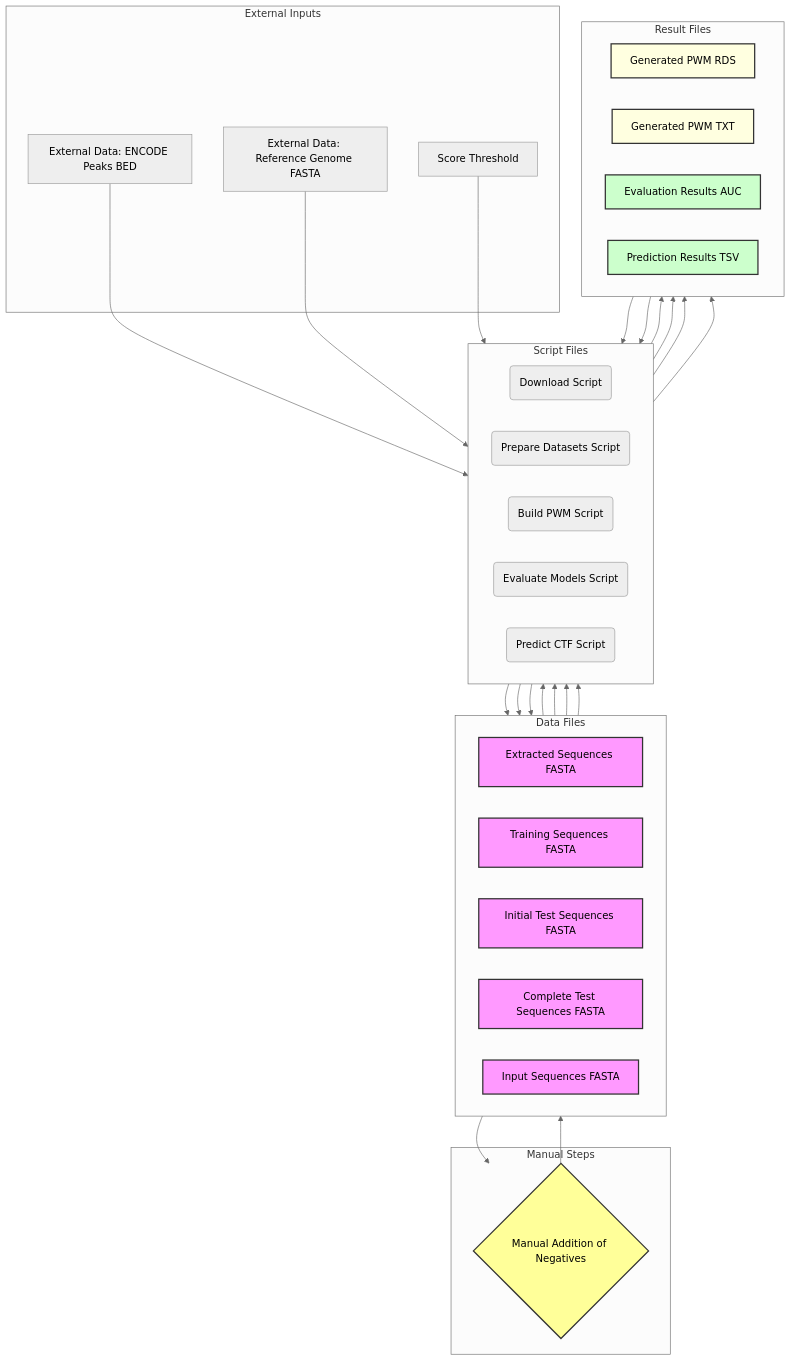
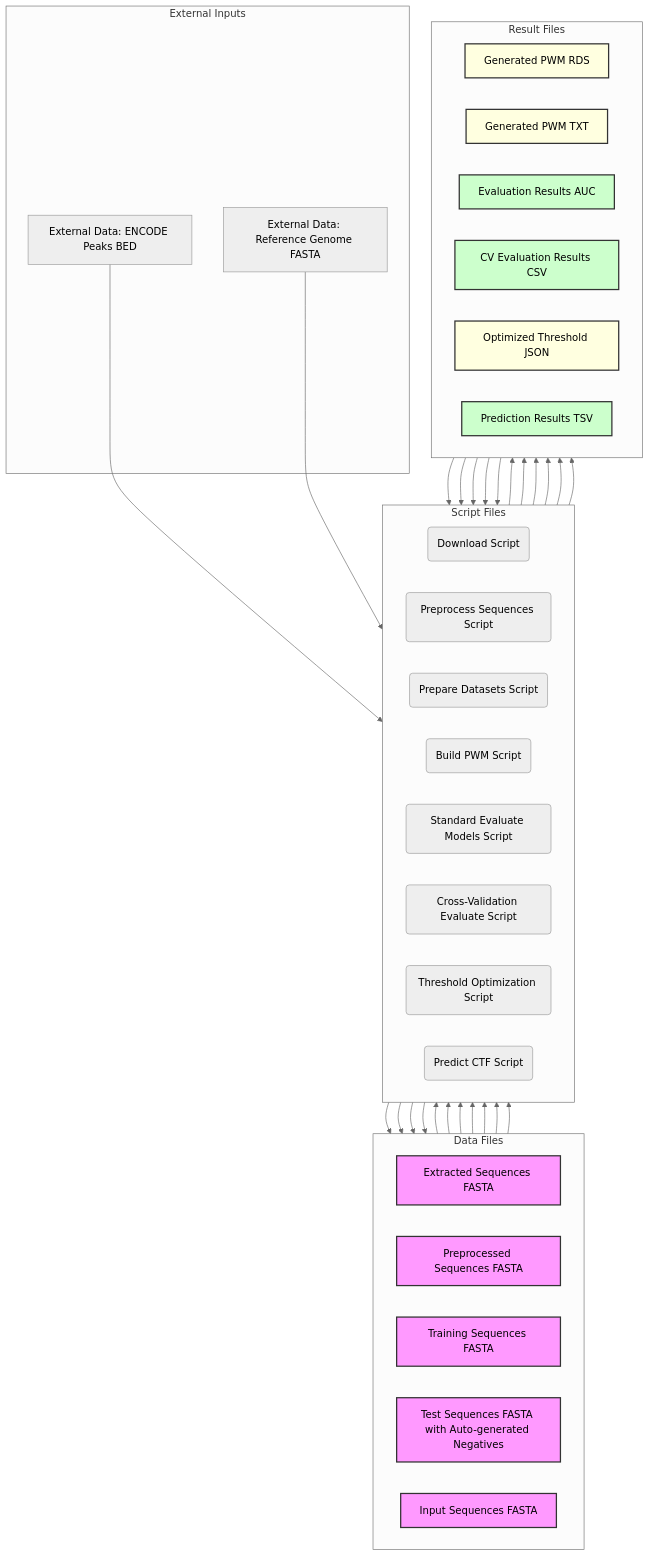
One commit to iiyyll01lin/ctcf-predictor changed the diagram in README.md. Above: the diagram before and after it, drawn with Mermaid (neutral theme). The commit also changed other lines of this file and 1 other file, not shown here.

Commit message:
add new diagram img to readme

````diff
--- a/README.md
+++ b/README.md
@@ -105,51 +119,55 @@
 ```mermaid
 graph TD
     A[External Data: ENCODE Peaks BED] --> B(Download Script);
     C[External Data: Reference Genome FASTA] --> B;
     B --> D[Extracted Sequences FASTA];
-    D --> E(Prepare Datasets Script);
+    D --> S(Preprocess Sequences Script);
+    S --> T[Preprocessed Sequences FASTA];
+    T --> E(Prepare Datasets Script);
     E --> F[Training Sequences FASTA];
-    E --> G[Initial Test Sequences FASTA];
-    G --> H{Manual Addition of Negatives};
-    H --> I[Complete Test Sequences FASTA];
+    E --> I[Test Sequences FASTA with Auto-generated Negatives];
     F --> J(Build PWM Script);
     J --> K[Generated PWM RDS];
     J --> L[Generated PWM TXT];
-    I --> M(Evaluate Models Script);
+    I --> M(Standard Evaluate Models Script);
+    I --> U(Cross-Validation Evaluate Script);
     K --> M;
+    K --> U;
     M --> N[Evaluation Results AUC];
+    U --> V[CV Evaluation Results CSV];
+    I --> W(Threshold Optimization Script);
+    K --> W;
+    W --> X[Optimized Threshold JSON];
     O[Input Sequences FASTA] --> P(Predict CTF Script);
     K --> P;
-    Q[Score Threshold] --> P;
+    X --> P;
     P --> R[Prediction Results TSV];
 
     subgraph Data Files
         direction LR
-        D; F; G; I; O;
+        D; T; F; I; O;
     end
     subgraph Script Files
         direction LR
-        B; E; J; M; P;
+        B; S; E; J; M; U; W; P;
     end
     subgraph Result Files
         direction LR
-        K; L; N; R;
-    end
-    subgraph Manual Steps
-        H;
+        K; L; N; V; X; R;
     end
     subgraph External Inputs
-        A; C; Q;
+        A; C;
     end
 
     style D fill:#f9f,stroke:#333,stroke-width:2px
+    style T fill:#f9f,stroke:#333,stroke-width:2px
     style F fill:#f9f,stroke:#333,stroke-width:2px
-    style G fill:#f9f,stroke:#333,stroke-width:2px
     style I fill:#f9f,stroke:#333,stroke-width:2px
     style O fill:#f9f,stroke:#333,stroke-width:2px
     style K fill:#ffffe0,stroke:#333,stroke-width:2px
     style L fill:#ffffe0,stroke:#333,stroke-width:2px
+    style N fill:#cfc,stroke:#333,stroke-width:2px
+    style V fill:#cfc,stroke:#333,stroke-width:2px
+    style X fill:#ffffe0,stroke:#333,stroke-width:2px
     style R fill:#cfc,stroke:#333,stroke-width:2px
-    style N fill:#cfc,stroke:#333,stroke-width:2px
-    style H fill:#ff9,stroke:#333,stroke-width:2px
 ```
````
